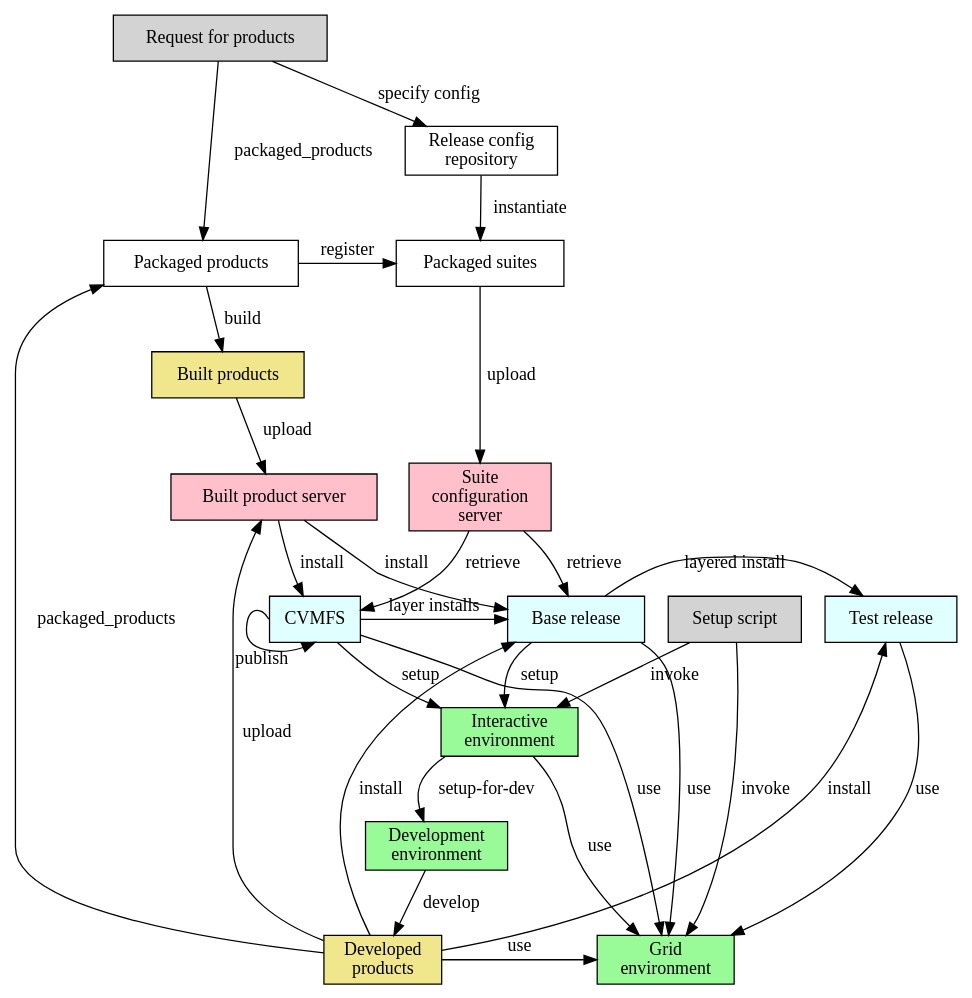
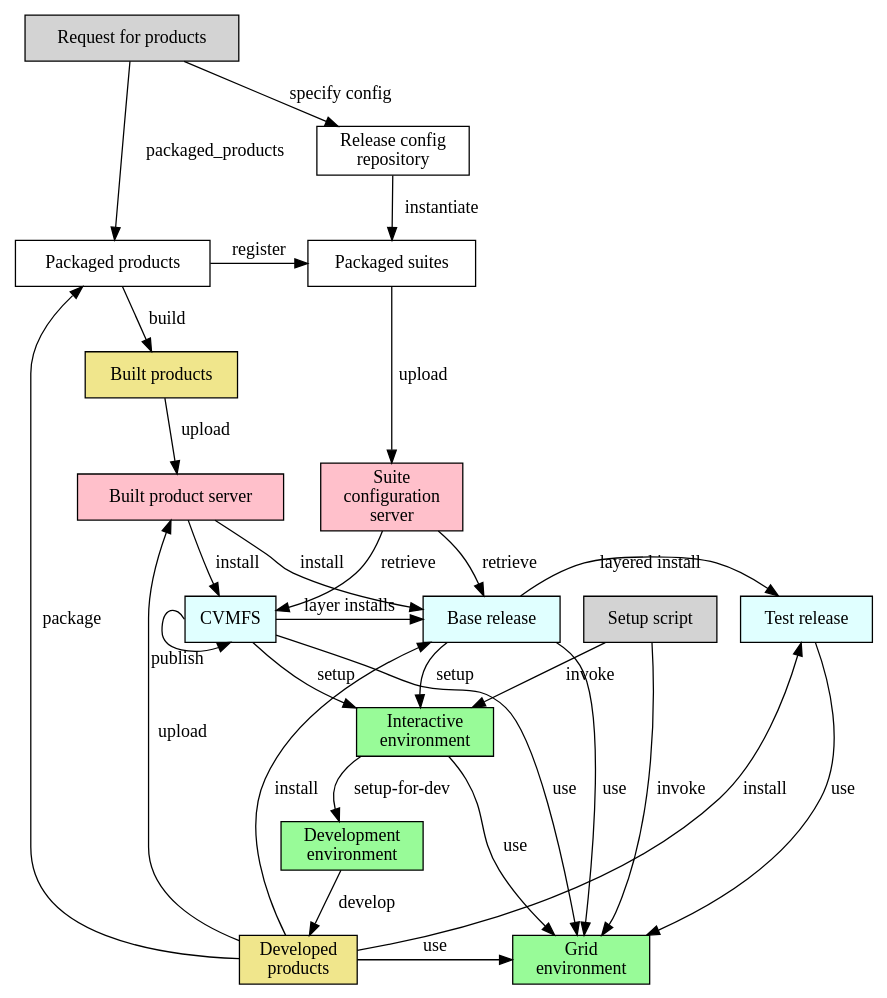
Before and after one commit to marcpaterno/spack_retreat: the diagram in spack.gv, drawn with Graphviz.

Commit message:
Simplify some node names

```diff
--- a/spack.gv
+++ b/spack.gv
@@ -1,62 +1,62 @@
 digraph test {
 
   node [shape="rectangle"]
   
   request [label="Request for products", style=filled, fillcolor=lightgray]
   packaged_products [label="Packaged products"]
   scisoft [label="Built product server", style=filled, fillcolor=pink]
   suite_config_server [label="Suite\nconfiguration\nserver", style=filled, fillcolor=pink]
   build [label="Built products", style=filled, fillcolor=khaki]
   packaged_suites [label="Packaged suites"]
   release_config [label="Release config\nrepository"]
   developed [label="Developed\nproducts", style=filled, fillcolor=khaki]
   local_install [label="Base release", style=filled, fillcolor=lightcyan]
   test_release [label="Test release", style=filled, fillcolor=lightcyan]
   CVMFS [style=filled, fillcolor=lightcyan]
   interactive [label="Interactive\nenvironment", style=filled, fillcolor=palegreen]
   grid [label="Grid\nenvironment", style=filled, fillcolor=palegreen]
   development [label="Development\nenvironment", style=filled, fillcolor=palegreen]
   setup [label="Setup script", style=filled, fillcolor=lightgray]
 
   { rank = same; developed; grid }
   { rank = same; packaged_suites; packaged_products }
   { rank = same; test_release; local_install; CVMFS }
   { rank = same; suite_config_server; scisoft}
 
   request -> packaged_products [label=" packaged_products"]
   request -> release_config [label="specify config"]
   
   release_config -> packaged_suites [label = "instantiate"]
   
   packaged_products -> build [label=" build"]
   packaged_products -> packaged_suites [label="register"]
   
   packaged_suites -> suite_config_server [label="upload"]
   
   suite_config_server -> CVMFS [label="retrieve"]
   suite_config_server -> local_install [label="retrieve"]
 
   
   build -> scisoft [label=" upload"]
   scisoft -> CVMFS [label="install"]
   scisoft -> local_install [label="install"]
   local_install -> interactive [label=" setup"]
   local_install -> test_release[label="layered install"]
   
   CVMFS:w -> CVMFS:s [xlabel="publish"]
   CVMFS -> interactive [label=" setup"]
   CVMFS -> local_install [label="layer installs "]
   local_install -> grid [label=" use"]
   test_release -> grid [label="use"]
   CVMFS -> grid [label=" use"]
   interactive -> development [label=" setup-for-dev"]
   interactive -> grid [label="use"]
   setup -> interactive [label=" invoke"]
   setup -> grid [label=" invoke"]
   development -> developed [label=" develop"]
   developed -> local_install [label=" install"]
   developed -> grid [label="use"]
   developed -> scisoft [label=" upload"]
-  developed -> packaged_products [label=" packaged_products"]
+  developed -> packaged_products [label=" package"]
   developed -> test_release [label="install"]
 }
```
